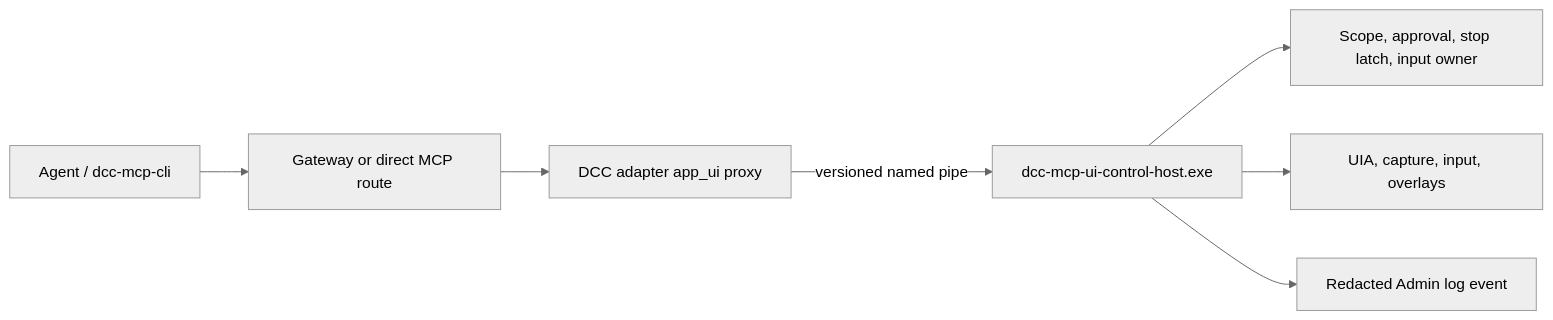
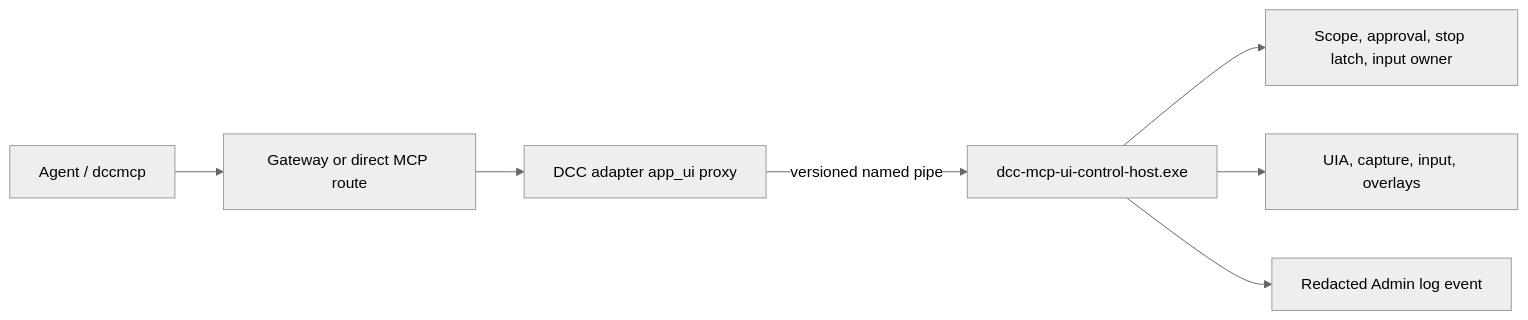
Before and after one commit to dcc-mcp/dcc-mcp-core: the diagram in docs/adr/014-isolate-ui-control-host.md, drawn with Mermaid (neutral theme). The commit also changed 207 other files, not shown here.

First line of the commit message:
feat!: split DCCMCP CLI release boundary (#2944)

````diff
--- a/docs/adr/014-isolate-ui-control-host.md
+++ b/docs/adr/014-isolate-ui-control-host.md
@@ -96,9 +96,9 @@
 ```mermaid
 flowchart LR
-    AGENT["Agent / dcc-mcp-cli"] --> GW["Gateway or direct MCP route"]
+    AGENT["Agent / dccmcp"] --> GW["Gateway or direct MCP route"]
     GW --> ADAPTER["DCC adapter app_ui proxy"]
     ADAPTER -->|"versioned named pipe"| HOST["dcc-mcp-ui-control-host.exe"]
     HOST --> POLICY["Scope, approval, stop latch, input owner"]
     HOST --> UIA["UIA, capture, input, overlays"]
     HOST --> AUDIT["Redacted Admin log event"]
 ```
````
